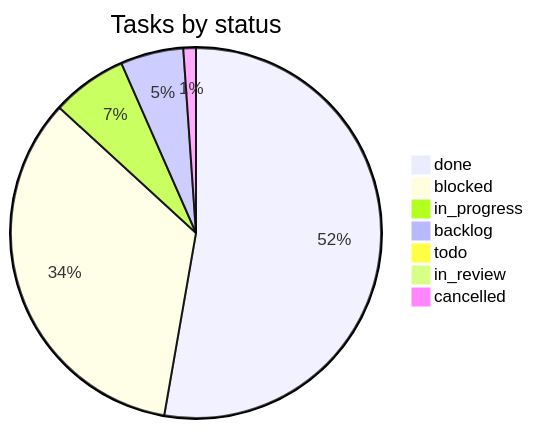
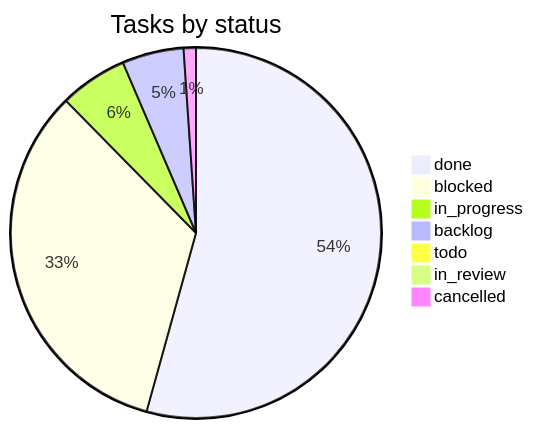
Before and after one commit to vulcanflow/docs: the second of 2 diagrams in PROGRESS.md, drawn with Mermaid. The commit also changed other lines of this file and 1 other file, not shown here.

Commit message:
progress: 5 deliveries (VFL-231, VFL-233, VFL-235, VFL-236, VFL-237), 2 status changes, 1 new task (VFL-238) (#87)

````diff
--- a/PROGRESS.md
+++ b/PROGRESS.md
@@ -58,10 +58,10 @@
 ```mermaid
 pie title Tasks by status
-  "done" : 96
+  "done" : 101
   "blocked" : 62
-  "in_progress" : 12
+  "in_progress" : 11
   "backlog" : 10
   "todo" : 1
   "in_review" : 1
   "cancelled" : 2
 ```
````
